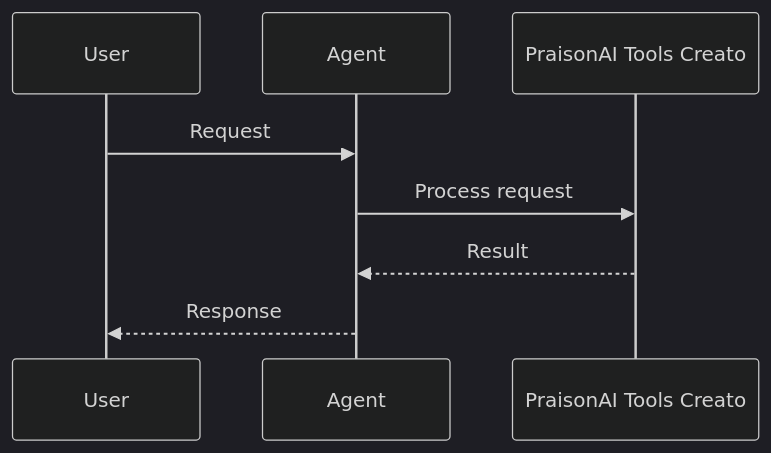
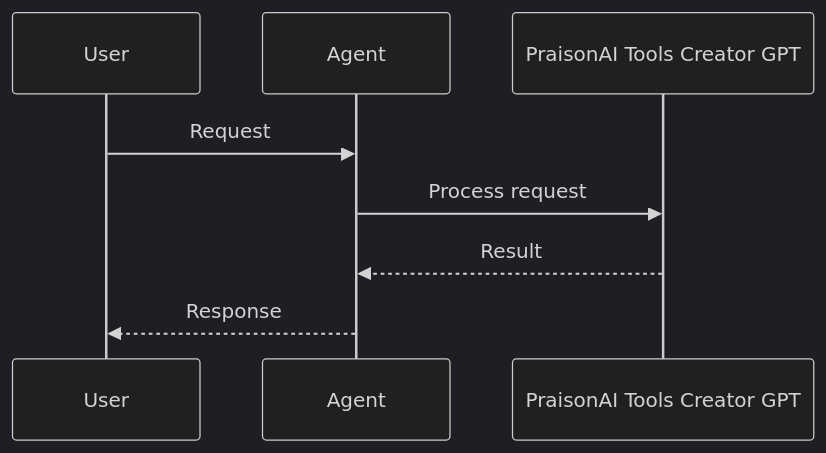
One commit to MervinPraison/PraisonAIDocs changed the second of 2 diagrams in docs/tools/gpt.mdx. Above: the diagram before and after it, drawn with Mermaid (dark theme). The commit also changed 45 other files, not shown here.

First line of the commit message:
docs: fix truncated Mermaid diagram feature names (22-char cutoff)

````diff
--- a/docs/tools/gpt.mdx
+++ b/docs/tools/gpt.mdx
@@ -35,11 +35,11 @@
 ```mermaid
 sequenceDiagram
     participant User
     participant Agent
-    participant Feature as PraisonAI Tools Creato
+    participant Feature as PraisonAI Tools Creator GPT
 
     User->>Agent: Request
     Agent->>Feature: Process request
     Feature-->>Agent: Result
     Agent-->>User: Response
 ```
````
